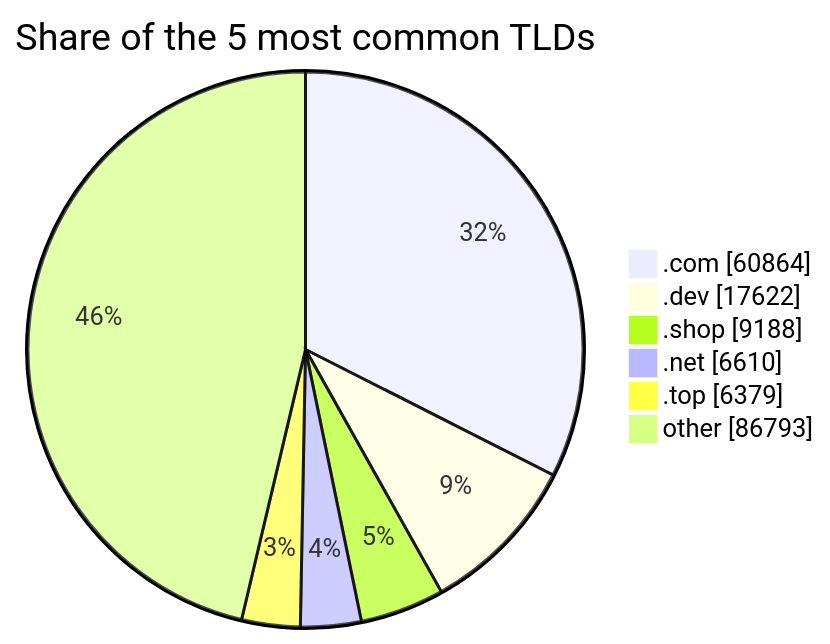
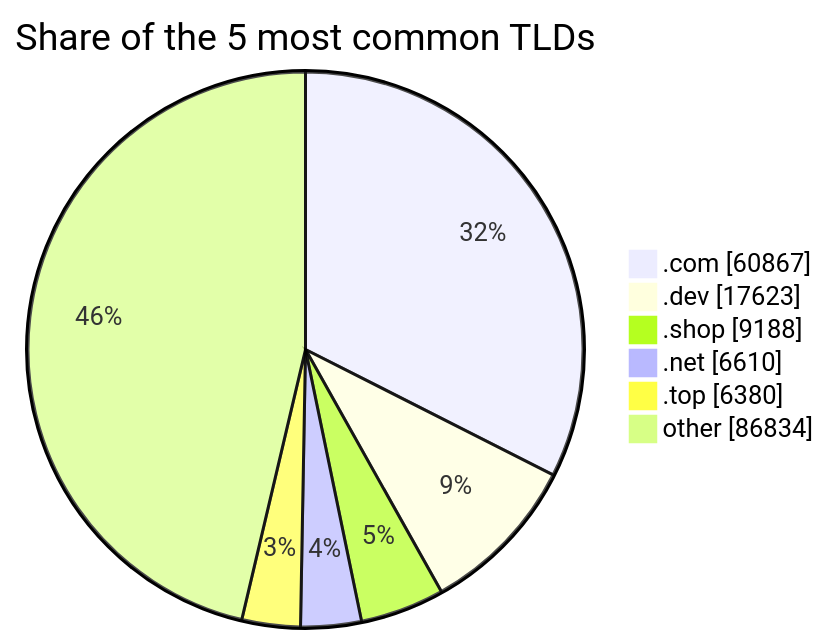
One commit to DNSBunker/CTI changed the third of 3 diagrams in README.md. Above: the diagram before and after it, drawn with Mermaid. The commit also changed other lines of this file and 3 other files, not shown here.

````diff
--- a/README.md
+++ b/README.md
@@ -81,9 +81,9 @@
 ```mermaid
 pie showData title Share of the 5 most common TLDs
-    ".com" : 60864
-    ".dev" : 17622
+    ".com" : 60867
+    ".dev" : 17623
     ".shop" : 9188
     ".net" : 6610
-    ".top" : 6379
-    "other" : 86793
+    ".top" : 6380
+    "other" : 86834
 ```
````
